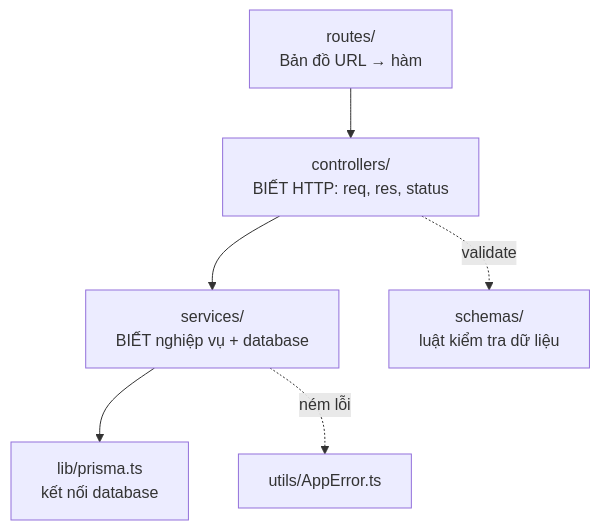
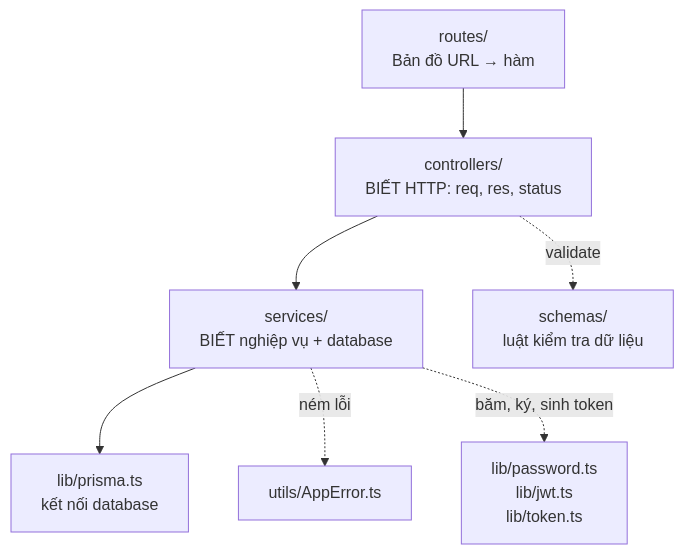
Before and after one commit to nguyenbaohua/nextjs-express-demo: the fourth of 9 diagrams in backend/LEARN.md, drawn with Mermaid. The commit also changed other lines of this file and 99 other files, not shown here.

````diff
--- a/backend/LEARN.md
+++ b/backend/LEARN.md
@@ -73,8 +76,9 @@
 ```mermaid
 flowchart TD
     R["routes/<br/>Bản đồ URL → hàm"] --> C["controllers/<br/>BIẾT HTTP: req, res, status"]
     C --> S["services/<br/>BIẾT nghiệp vụ + database"]
     S --> P["lib/prisma.ts<br/>kết nối database"]
     C -.->|"validate"| Z["schemas/<br/>luật kiểm tra dữ liệu"]
     S -.->|"ném lỗi"| E["utils/AppError.ts"]
+    S -.->|"băm, ký, sinh token"| L["lib/password.ts<br/>lib/jwt.ts<br/>lib/token.ts"]
 ```
````
